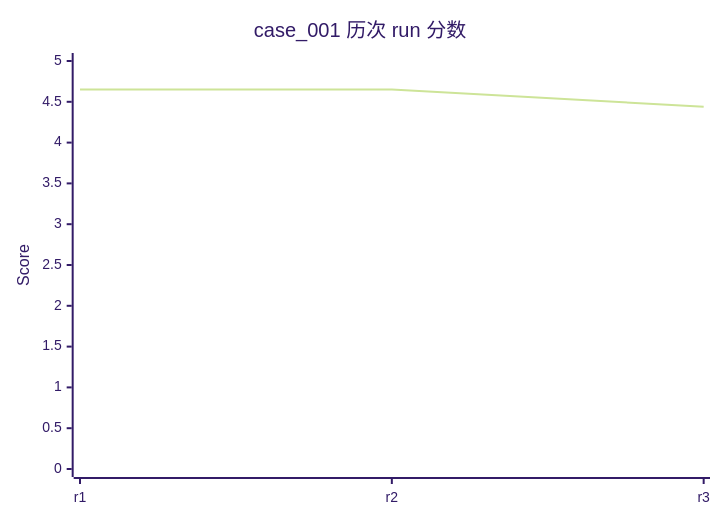
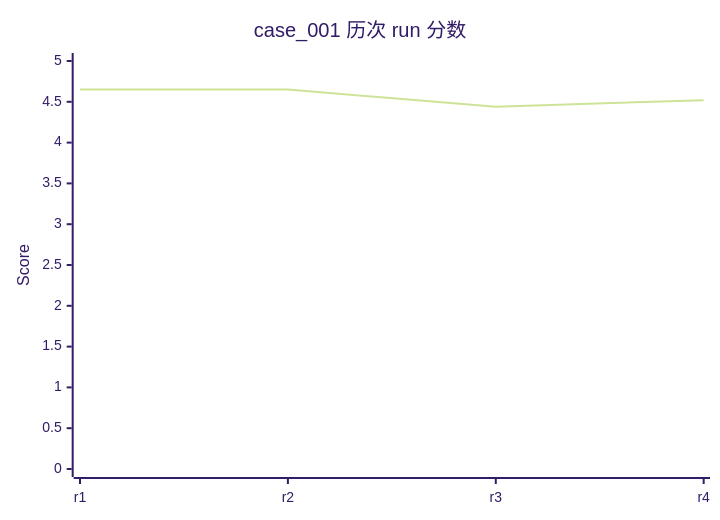
One commit to rushengzhou/sid-code changed diagram 34 of 58 in evals/DASHBOARD.md. Above: the diagram before and after it, drawn with Mermaid (forest theme). The commit also changed other lines of this file and 49 other files, not shown here.

````diff
--- a/evals/DASHBOARD.md
+++ b/evals/DASHBOARD.md
@@ -720,7 +726,7 @@
 ```mermaid
 xychart-beta
     title "case_001 历次 run 分数"
-    x-axis [r1, r2, r3]
+    x-axis [r1, r2, r3, r4]
     y-axis "Score" 0 --> 5
-    line [4.65, 4.65, 4.44]
+    line [4.65, 4.65, 4.44, 4.52]
 ```
````
